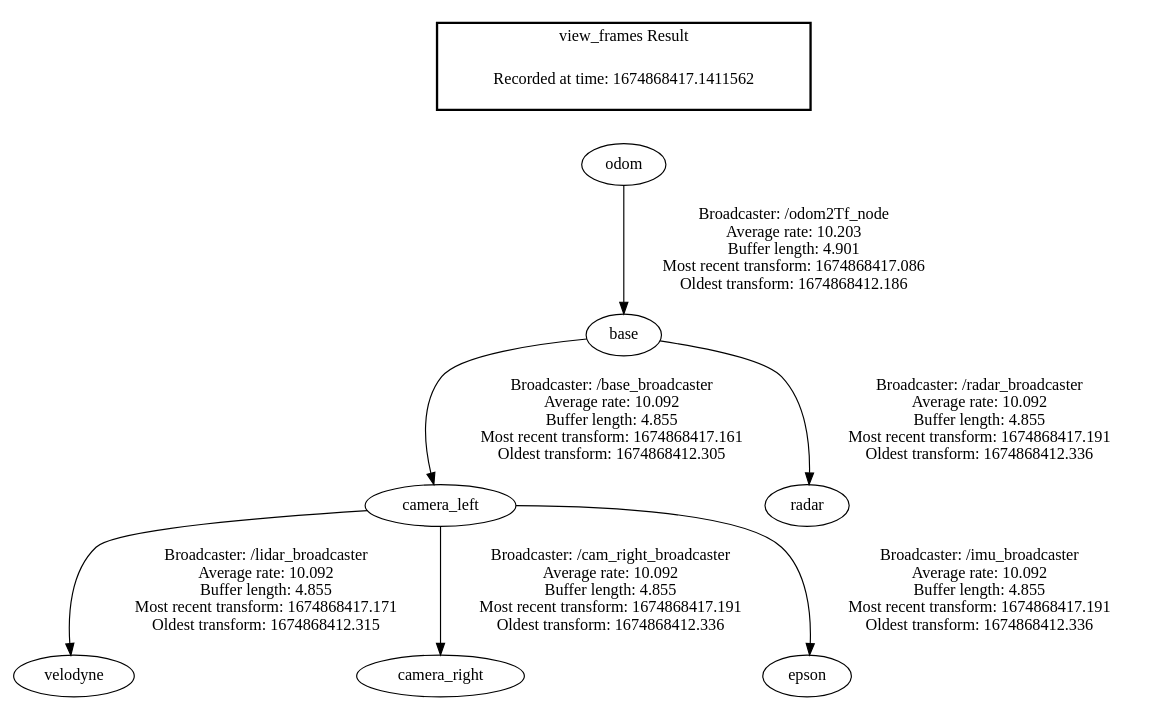
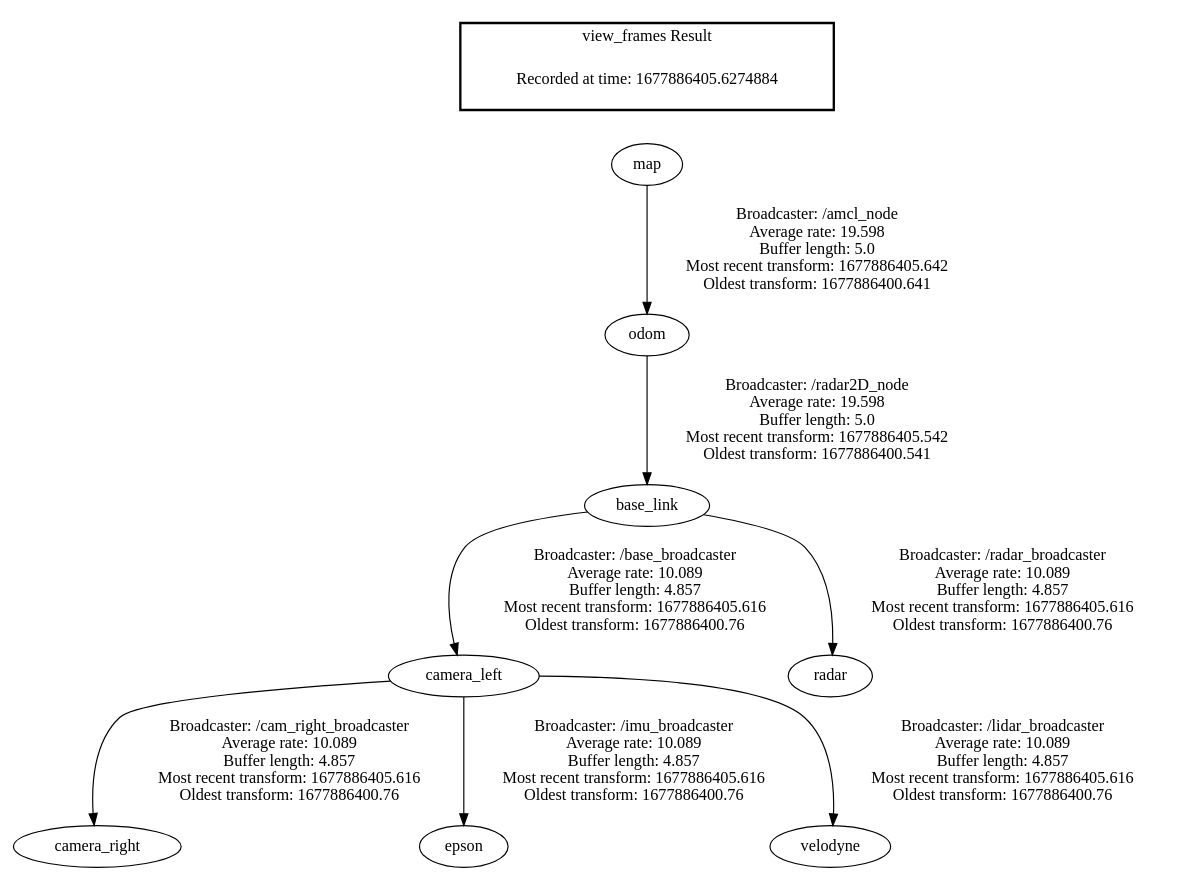
The diagram in frames.gv (huangjuite/radar_relocalization), drawn with Graphviz before and after one commit. The commit also changed 10 other files, not shown here.

Commit message:
Add odom and radar sync. Need to trasnform pointclouds to current frame.

```diff
--- a/frames.gv
+++ b/frames.gv
@@ -1,12 +1,13 @@
 digraph G {
-"base" -> "camera_left"[label=" Broadcaster: /base_broadcaster\nAverage rate: 10.092\nBuffer length: 4.855\nMost recent transform: 1674868417.161\nOldest transform: 1674868412.305\n"];
-"odom" -> "base"[label=" Broadcaster: /odom2Tf_node\nAverage rate: 10.203\nBuffer length: 4.901\nMost recent transform: 1674868417.086\nOldest transform: 1674868412.186\n"];
-"camera_left" -> "velodyne"[label=" Broadcaster: /lidar_broadcaster\nAverage rate: 10.092\nBuffer length: 4.855\nMost recent transform: 1674868417.171\nOldest transform: 1674868412.315\n"];
-"camera_left" -> "camera_right"[label=" Broadcaster: /cam_right_broadcaster\nAverage rate: 10.092\nBuffer length: 4.855\nMost recent transform: 1674868417.191\nOldest transform: 1674868412.336\n"];
-"camera_left" -> "epson"[label=" Broadcaster: /imu_broadcaster\nAverage rate: 10.092\nBuffer length: 4.855\nMost recent transform: 1674868417.191\nOldest transform: 1674868412.336\n"];
-"base" -> "radar"[label=" Broadcaster: /radar_broadcaster\nAverage rate: 10.092\nBuffer length: 4.855\nMost recent transform: 1674868417.191\nOldest transform: 1674868412.336\n"];
+"odom" -> "base_link"[label=" Broadcaster: /radar2D_node\nAverage rate: 19.598\nBuffer length: 5.0\nMost recent transform: 1677886405.542\nOldest transform: 1677886400.541\n"];
+"map" -> "odom"[label=" Broadcaster: /amcl_node\nAverage rate: 19.598\nBuffer length: 5.0\nMost recent transform: 1677886405.642\nOldest transform: 1677886400.641\n"];
+"camera_left" -> "camera_right"[label=" Broadcaster: /cam_right_broadcaster\nAverage rate: 10.089\nBuffer length: 4.857\nMost recent transform: 1677886405.616\nOldest transform: 1677886400.76\n"];
+"base_link" -> "camera_left"[label=" Broadcaster: /base_broadcaster\nAverage rate: 10.089\nBuffer length: 4.857\nMost recent transform: 1677886405.616\nOldest transform: 1677886400.76\n"];
+"base_link" -> "radar"[label=" Broadcaster: /radar_broadcaster\nAverage rate: 10.089\nBuffer length: 4.857\nMost recent transform: 1677886405.616\nOldest transform: 1677886400.76\n"];
+"camera_left" -> "epson"[label=" Broadcaster: /imu_broadcaster\nAverage rate: 10.089\nBuffer length: 4.857\nMost recent transform: 1677886405.616\nOldest transform: 1677886400.76\n"];
+"camera_left" -> "velodyne"[label=" Broadcaster: /lidar_broadcaster\nAverage rate: 10.089\nBuffer length: 4.857\nMost recent transform: 1677886405.616\nOldest transform: 1677886400.76\n"];
 edge [style=invis];
  subgraph cluster_legend { style=bold; color=black; label ="view_frames Result";
-"Recorded at time: 1674868417.1411562"[ shape=plaintext ] ;
-}->"odom";
+"Recorded at time: 1677886405.6274884"[ shape=plaintext ] ;
+}->"map";
 }
```
